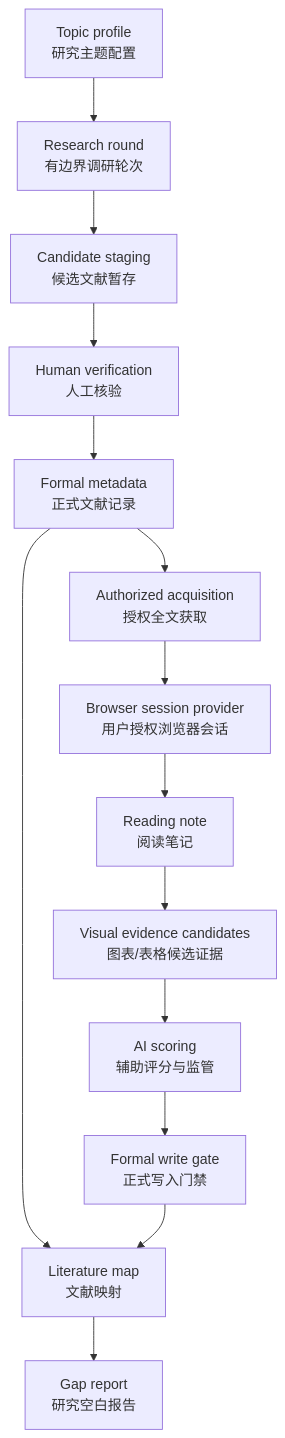
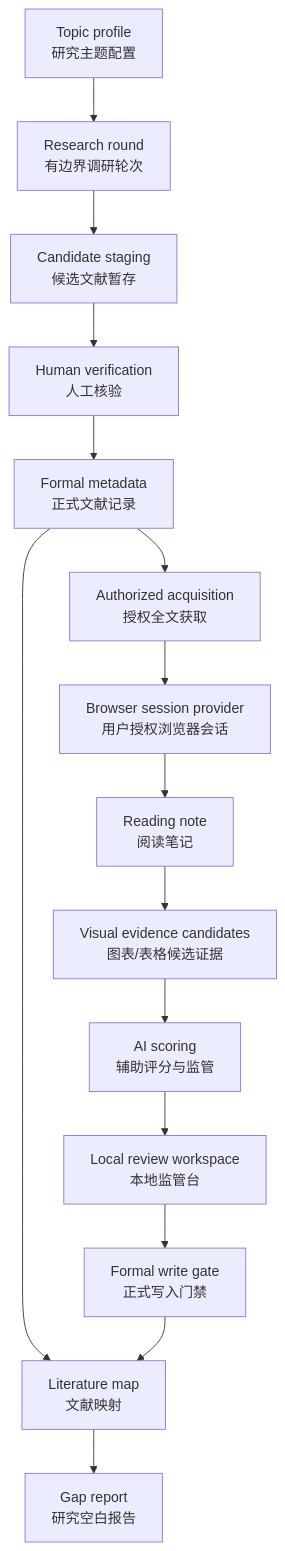
One commit to sakur0zxy/RSA changed the diagram in README.md. Above: the diagram before and after it, drawn with Mermaid. The commit also changed other lines of this file and 8 other files, not shown here.

Commit message:
feat(phase12): implement local review workspace

````diff
--- a/README.md
+++ b/README.md
@@ -50,16 +51,17 @@
 ```mermaid
 flowchart TD
   A["Topic profile<br/>研究主题配置"] --> B["Research round<br/>有边界调研轮次"]
   B --> C["Candidate staging<br/>候选文献暂存"]
   C --> D["Human verification<br/>人工核验"]
   D --> E["Formal metadata<br/>正式文献记录"]
   E --> F["Authorized acquisition<br/>授权全文获取"]
   F --> F2["Browser session provider<br/>用户授权浏览器会话"]
   F2 --> G["Reading note<br/>阅读笔记"]
   G --> V["Visual evidence candidates<br/>图表/表格候选证据"]
   V --> S["AI scoring<br/>辅助评分与监管"]
+  S --> W["Local review workspace<br/>本地监管台"]
   E --> H["Literature map<br/>文献映射"]
-  S --> I["Formal write gate<br/>正式写入门禁"]
+  W --> I["Formal write gate<br/>正式写入门禁"]
   H --> J["Gap report<br/>研究空白报告"]
   I --> H
 ```
````
